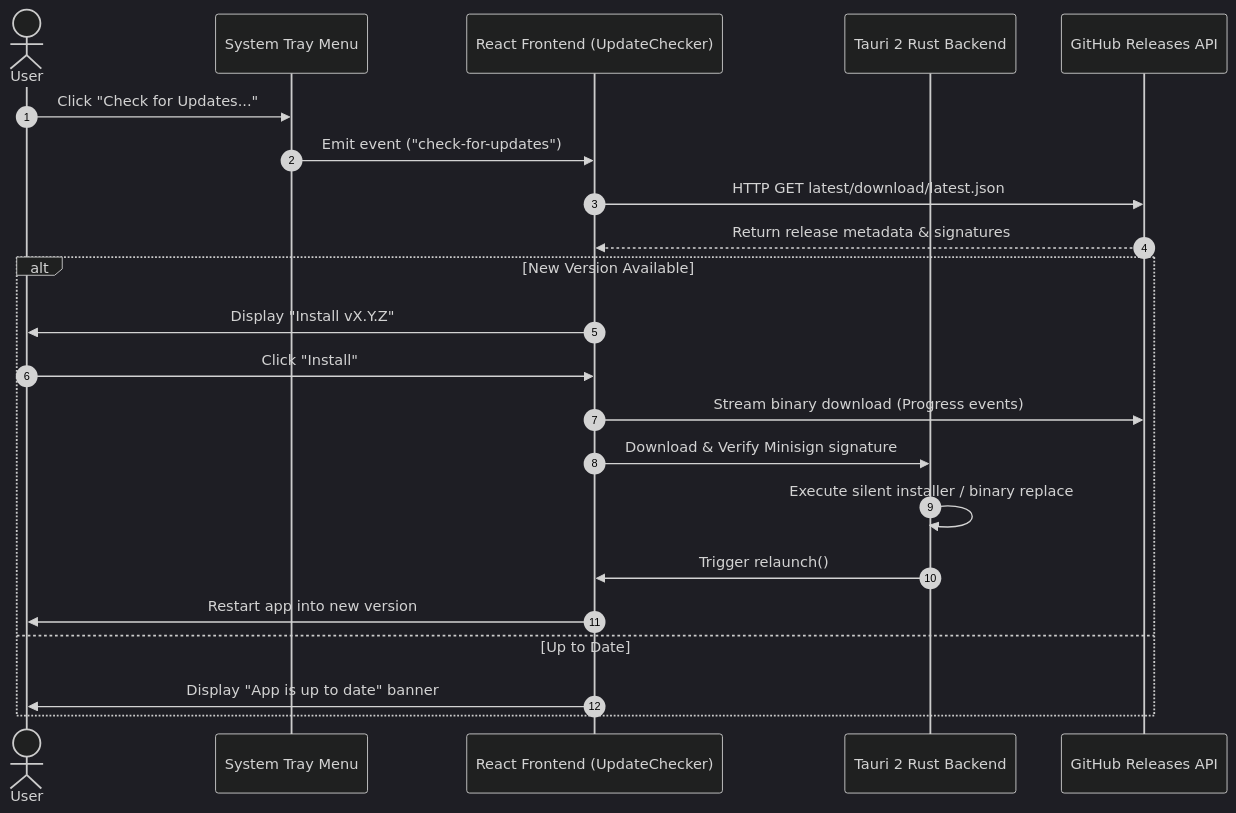
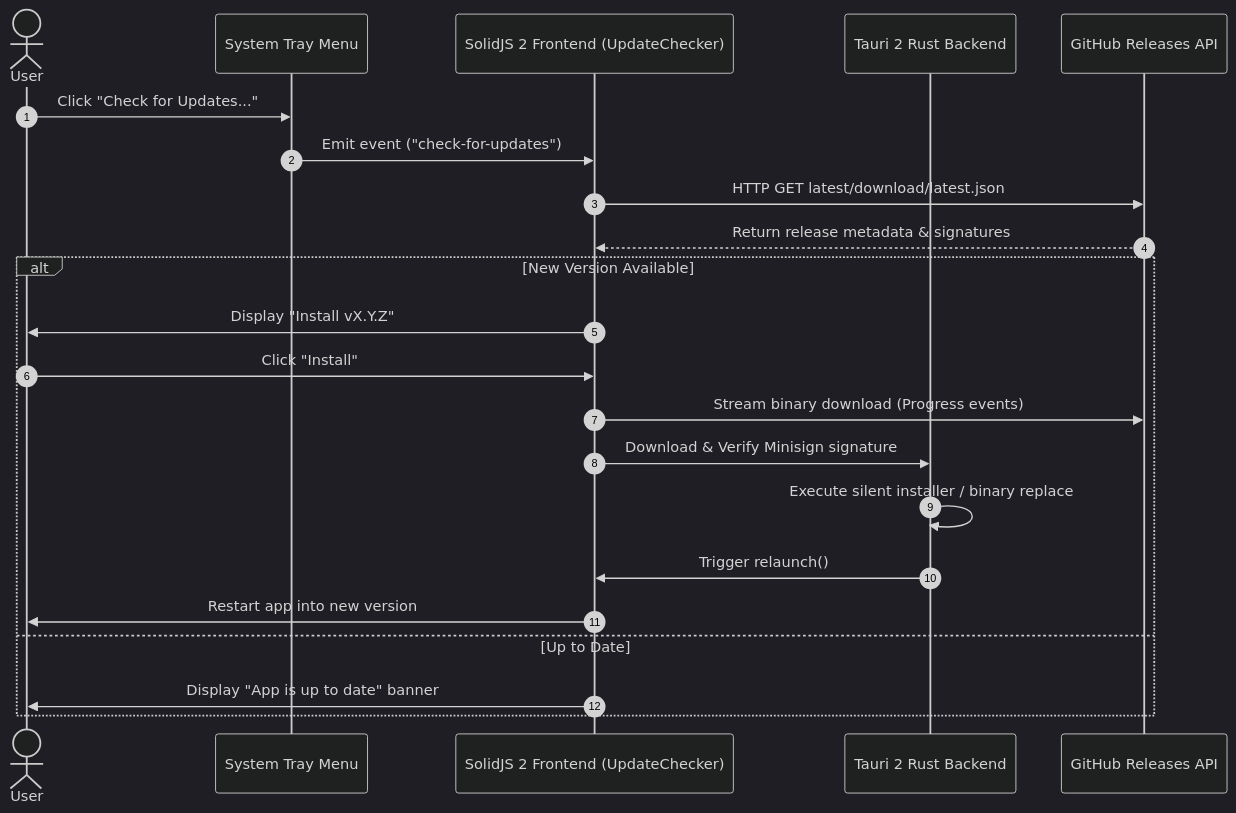
One commit to NairoDorian/Minimalistic_App changed the diagram in AUTO-UPDATE.md. Above: the diagram before and after it, drawn with Mermaid (dark theme). The commit also changed other lines of this file and 66 other files, not shown here.

````diff
--- a/AUTO-UPDATE.md
+++ b/AUTO-UPDATE.md
@@ -11,25 +11,25 @@
 ```mermaid
 sequenceDiagram
     autonumber
     actor User
     participant Tray as System Tray Menu
-    participant UI as React Frontend (UpdateChecker)
+    participant UI as SolidJS 2 Frontend (UpdateChecker)
     participant Tauri as Tauri 2 Rust Backend
     participant GH as GitHub Releases API
 
     User->>Tray: Click "Check for Updates..."
     Tray->>UI: Emit event ("check-for-updates")
     UI->>GH: HTTP GET latest/download/latest.json
     GH-->>UI: Return release metadata & signatures
     alt New Version Available
         UI->>User: Display "Install vX.Y.Z"
         User->>UI: Click "Install"
         UI->>GH: Stream binary download (Progress events)
         UI->>Tauri: Download & Verify Minisign signature
         Tauri->>Tauri: Execute silent installer / binary replace
         Tauri->>UI: Trigger relaunch()
         UI->>User: Restart app into new version
     else Up to Date
         UI->>User: Display "App is up to date" banner
     end
 ```
````
